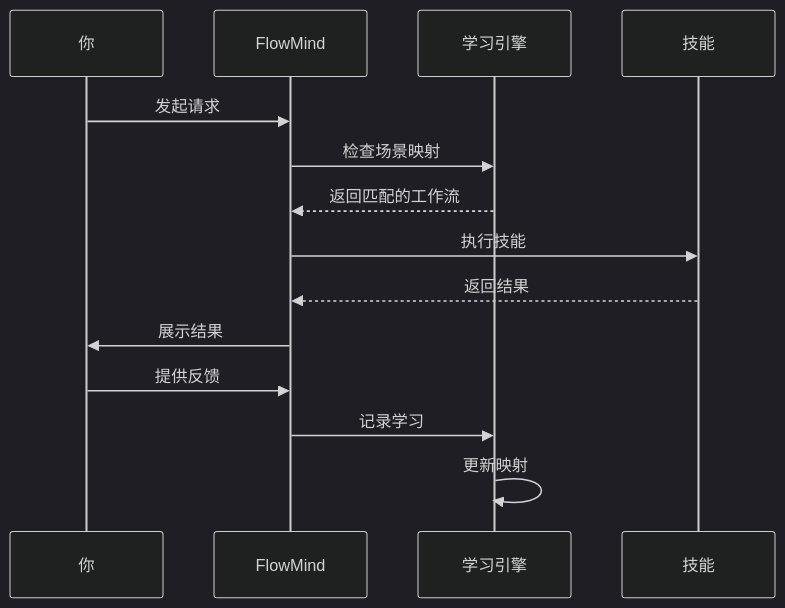
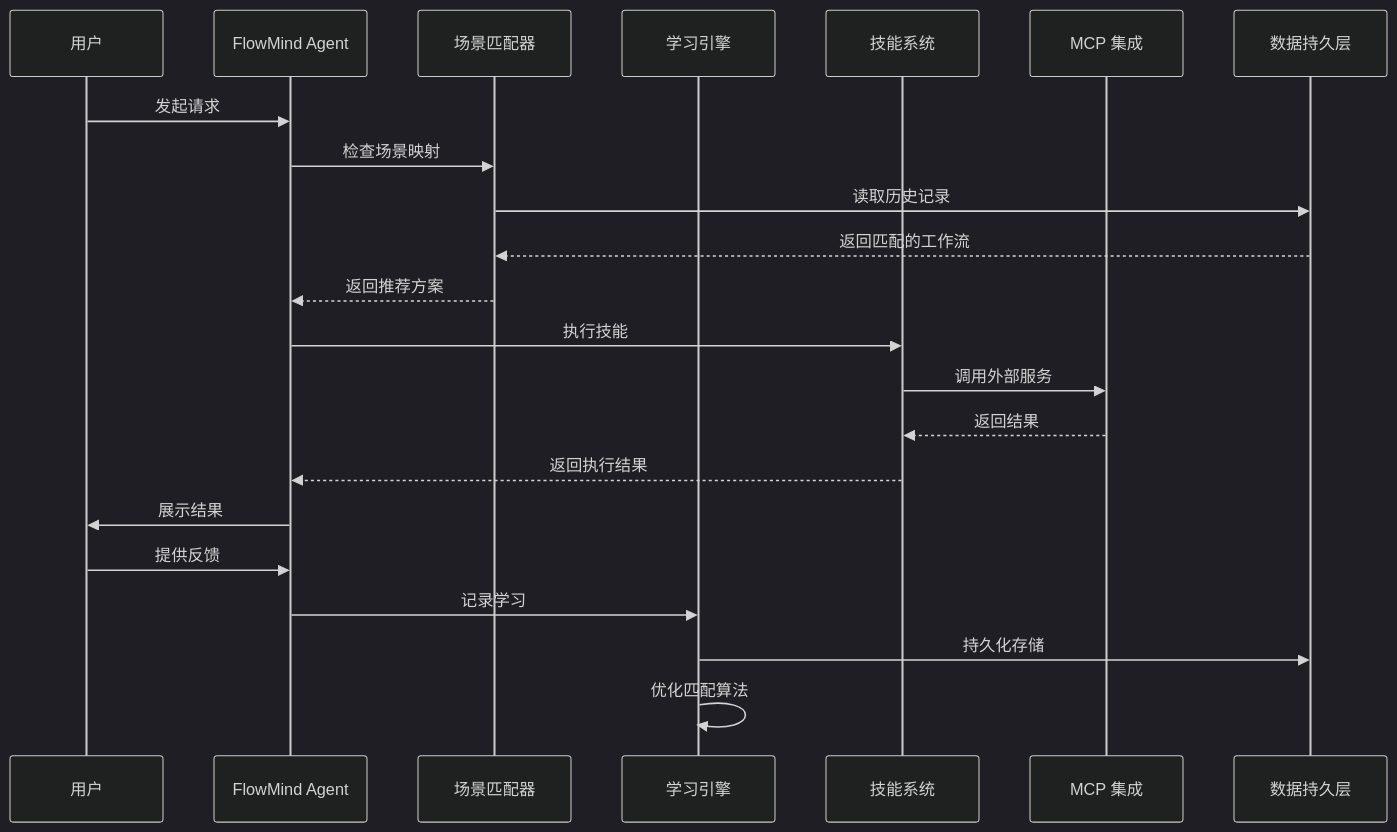
The fifth of 6 diagrams in README_CN.md (Eleven-M/flowmind), drawn with Mermaid (dark theme) before and after one commit. The commit also changed other lines of this file and 1 other file, not shown here.

````diff
--- a/README_CN.md
+++ b/README_CN.md
@@ -178,18 +333,28 @@
 ```mermaid
 sequenceDiagram
-    participant U as 你
-    participant F as FlowMind
+    participant U as 用户
+    participant A as FlowMind Agent
+    participant M as 场景匹配器
     participant L as 学习引擎
-    participant S as 技能
+    participant S as 技能系统
+    participant MCP as MCP 集成
+    participant D as 数据持久层
 
-    U->>F: 发起请求
-    F->>L: 检查场景映射
-    L-->>F: 返回匹配的工作流
-    F->>S: 执行技能
-    S-->>F: 返回结果
-    F->>U: 展示结果
+    U->>A: 发起请求
+    A->>M: 检查场景映射
+    M->>D: 读取历史记录
+    D-->>M: 返回匹配的工作流
+    M-->>A: 返回推荐方案
 
-    U->>F: 提供反馈
-    F->>L: 记录学习
-    L->>L: 更新映射
+    A->>S: 执行技能
+    S->>MCP: 调用外部服务
+    MCP-->>S: 返回结果
+    S-->>A: 返回执行结果
+
+    A->>U: 展示结果
+
+    U->>A: 提供反馈
+    A->>L: 记录学习
+    L->>D: 持久化存储
+    L->>L: 优化匹配算法
 ```
````
